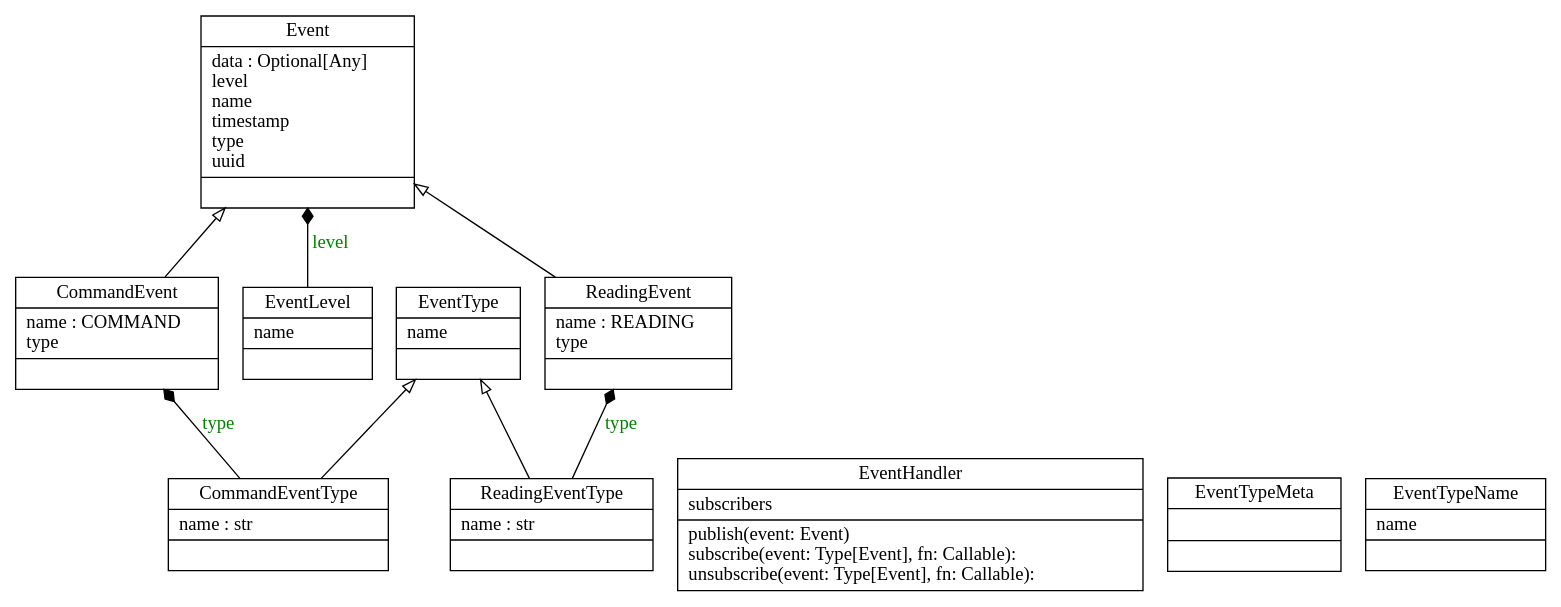
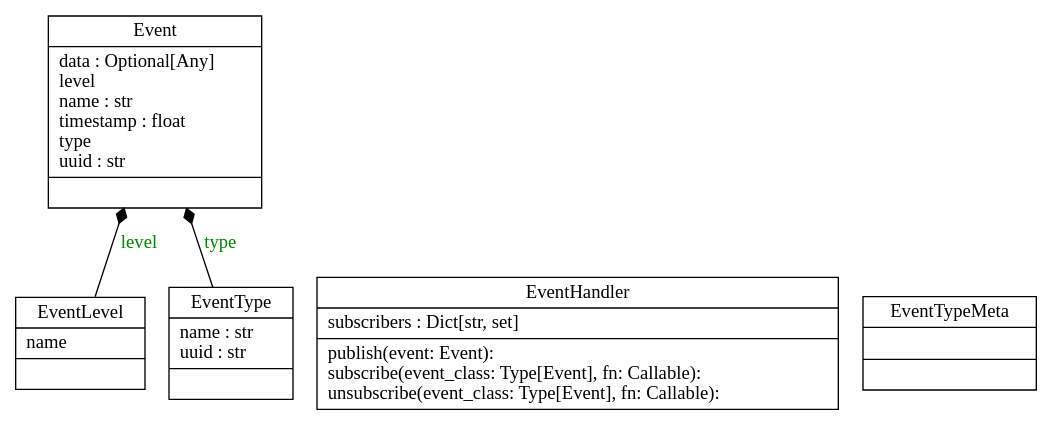
Before and after one commit to bonastreyair/iot-firmware: the diagram in docs/graphs/classes_event.dot, drawn with Graphviz. The commit also changed 17 other files, not shown here.

```diff
--- a/docs/graphs/classes_event.dot
+++ b/docs/graphs/classes_event.dot
@@ -1,21 +1,11 @@
 digraph "classes_event" {
 rankdir=BT
 charset="utf-8"
-"iot_firmware.event.basic.event.CommandEvent" [color="black", fontcolor="black", label="{CommandEvent|name : COMMAND\ltype\l|}", shape="record", style="solid"];
-"iot_firmware.event.basic.type.CommandEventType" [color="black", fontcolor="black", label="{CommandEventType|name : str\l|}", shape="record", style="solid"];
-"iot_firmware.event.event.Event" [color="black", fontcolor="black", label="{Event|data : Optional[Any]\llevel\lname\ltimestamp\ltype\luuid\l|}", shape="record", style="solid"];
-"iot_firmware.event.handler.EventHandler" [color="black", fontcolor="black", label="{EventHandler|subscribers\l|publish(event: Event)\lsubscribe(event: Type[Event], fn: Callable): \lunsubscribe(event: Type[Event], fn: Callable): \l}", shape="record", style="solid"];
+"iot_firmware.event.event.Event" [color="black", fontcolor="black", label="{Event|data : Optional[Any]\llevel\lname : str\ltimestamp : float\ltype\luuid : str\l|}", shape="record", style="solid"];
+"iot_firmware.event.handler.EventHandler" [color="black", fontcolor="black", label="{EventHandler|subscribers : Dict[str, set]\l|publish(event: Event): \lsubscribe(event_class: Type[Event], fn: Callable): \lunsubscribe(event_class: Type[Event], fn: Callable): \l}", shape="record", style="solid"];
 "iot_firmware.event.enum.EventLevel" [color="black", fontcolor="black", label="{EventLevel|name\l|}", shape="record", style="solid"];
-"iot_firmware.event.type.EventType" [color="black", fontcolor="black", label="{EventType|name\l|}", shape="record", style="solid"];
+"iot_firmware.event.type.EventType" [color="black", fontcolor="black", label="{EventType|name : str\luuid : str\l|}", shape="record", style="solid"];
 "iot_firmware.event.type.EventTypeMeta" [color="black", fontcolor="black", label="{EventTypeMeta|\l|}", shape="record", style="solid"];
-"iot_firmware.event.enum.EventTypeName" [color="black", fontcolor="black", label="{EventTypeName|name\l|}", shape="record", style="solid"];
-"iot_firmware.event.basic.event.ReadingEvent" [color="black", fontcolor="black", label="{ReadingEvent|name : READING\ltype\l|}", shape="record", style="solid"];
-"iot_firmware.event.basic.type.ReadingEventType" [color="black", fontcolor="black", label="{ReadingEventType|name : str\l|}", shape="record", style="solid"];
-"iot_firmware.event.basic.event.CommandEvent" -> "iot_firmware.event.event.Event" [arrowhead="empty", arrowtail="none"];
-"iot_firmware.event.basic.event.ReadingEvent" -> "iot_firmware.event.event.Event" [arrowhead="empty", arrowtail="none"];
-"iot_firmware.event.basic.type.CommandEventType" -> "iot_firmware.event.type.EventType" [arrowhead="empty", arrowtail="none"];
-"iot_firmware.event.basic.type.ReadingEventType" -> "iot_firmware.event.type.EventType" [arrowhead="empty", arrowtail="none"];
-"iot_firmware.event.basic.type.CommandEventType" -> "iot_firmware.event.basic.event.CommandEvent" [arrowhead="diamond", arrowtail="none", fontcolor="green", label="type", style="solid"];
-"iot_firmware.event.basic.type.ReadingEventType" -> "iot_firmware.event.basic.event.ReadingEvent" [arrowhead="diamond", arrowtail="none", fontcolor="green", label="type", style="solid"];
 "iot_firmware.event.enum.EventLevel" -> "iot_firmware.event.event.Event" [arrowhead="diamond", arrowtail="none", fontcolor="green", label="level", style="solid"];
+"iot_firmware.event.type.EventType" -> "iot_firmware.event.event.Event" [arrowhead="diamond", arrowtail="none", fontcolor="green", label="type", style="solid"];
 }
```
